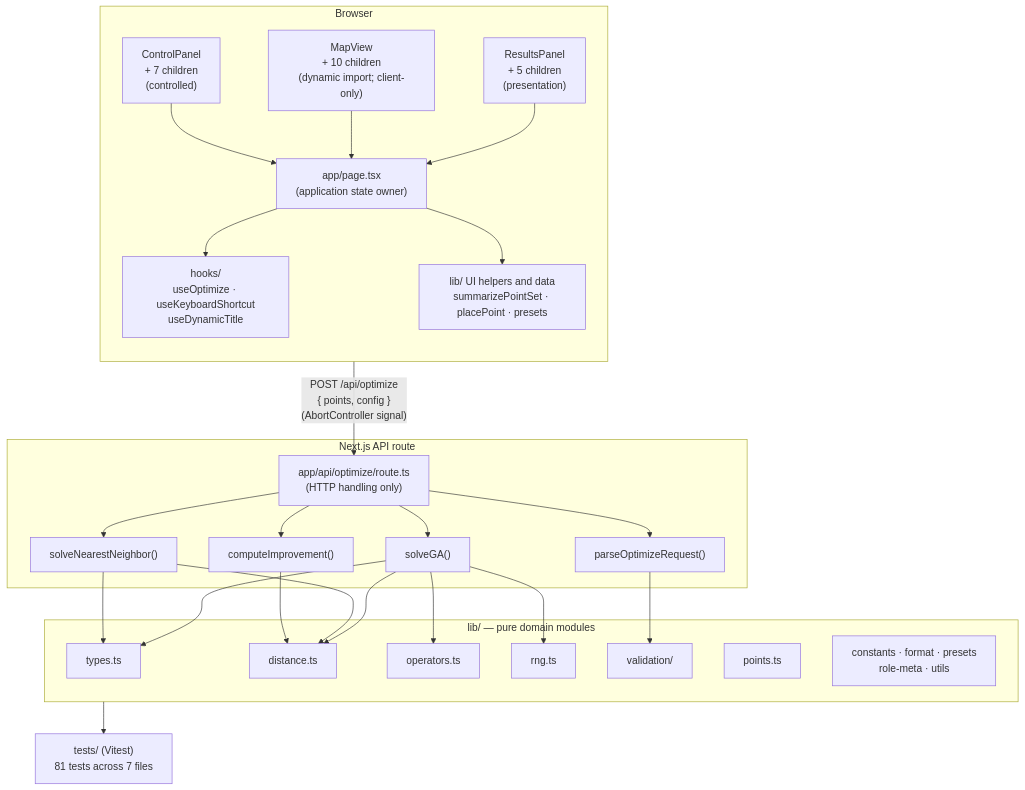
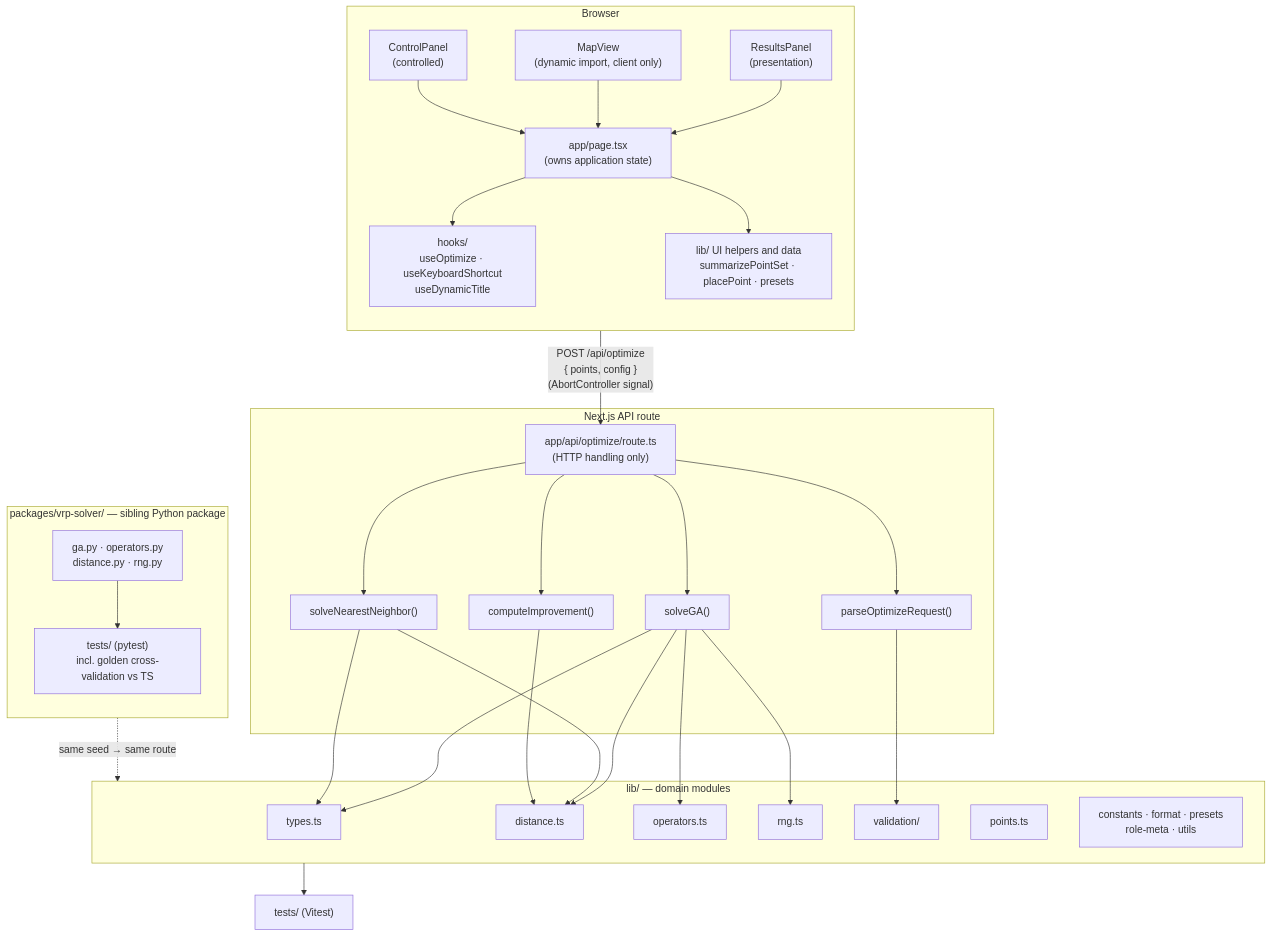
One commit to alan-shabrandi/vrp-demo changed the first of 2 diagrams in ARCHITECTURE.md. Above: the diagram before and after it, drawn with Mermaid. The commit also changed other lines of this file and 6 other files, not shown here.

````diff
--- a/ARCHITECTURE.md
+++ b/ARCHITECTURE.md
@@ -39,54 +11,63 @@
-``` mermaid
+```mermaid
 flowchart TB
     subgraph Browser["Browser"]
         direction TB
-        Page["app/page.tsx<br/>(application state owner)"]
-        Controls["ControlPanel<br/>+ 7 children<br/>(controlled)"]
-        Map["MapView<br/>+ 10 children<br/>(dynamic import; client-only)"]
-        Results["ResultsPanel<br/>+ 5 children<br/>(presentation)"]
+        Page["app/page.tsx<br/>(owns application state)"]
+        Controls["ControlPanel<br/>(controlled)"]
+        Map["MapView<br/>(dynamic import, client only)"]
+        Results["ResultsPanel<br/>(presentation)"]
         Hooks["hooks/<br/>useOptimize · useKeyboardShortcut<br/>useDynamicTitle"]
         UILib["lib/ UI helpers and data<br/>summarizePointSet · placePoint · presets"]
 
         Controls --> Page
         Map --> Page
         Results --> Page
         Page --> Hooks
         Page --> UILib
     end
 
     Page -->|"POST /api/optimize<br/>{ points, config }<br/>(AbortController signal)"| API
 
     subgraph Server["Next.js API route"]
         API["app/api/optimize/route.ts<br/>(HTTP handling only)"]
         Parse["parseOptimizeRequest()"]
         GA["solveGA()"]
         NN["solveNearestNeighbor()"]
         Improvement["computeImprovement()"]
 
         API --> Parse
         API --> GA
         API --> NN
         API --> Improvement
     end
 
-    subgraph Domain["lib/ — pure domain modules"]
+    subgraph Domain["lib/ — domain modules"]
         Types["types.ts"]
         Distance["distance.ts"]
         Operators["operators.ts"]
         RNG["rng.ts"]
         Validation["validation/"]
         Points["points.ts"]
         Other["constants · format · presets<br/>role-meta · utils"]
     end
 
     Parse --> Validation
     GA --> Types
     GA --> Distance
     GA --> Operators
     GA --> RNG
     NN --> Distance
     NN --> Types
     Improvement --> Distance
 
-    Domain --> Tests["tests/ (Vitest)<br/>81 tests across 7 files"]
+    Domain --> Tests["tests/ (Vitest)"]
+
+    subgraph PyPkg["packages/vrp-solver/ — sibling Python package"]
+        direction TB
+        PyGA["ga.py · operators.py<br/>distance.py · rng.py"]
+        PyTests["tests/ (pytest)<br/>incl. golden cross-validation vs TS"]
+        PyGA --> PyTests
+    end
+
+    PyPkg -.->|"same seed → same route"| Domain
 ```
````
